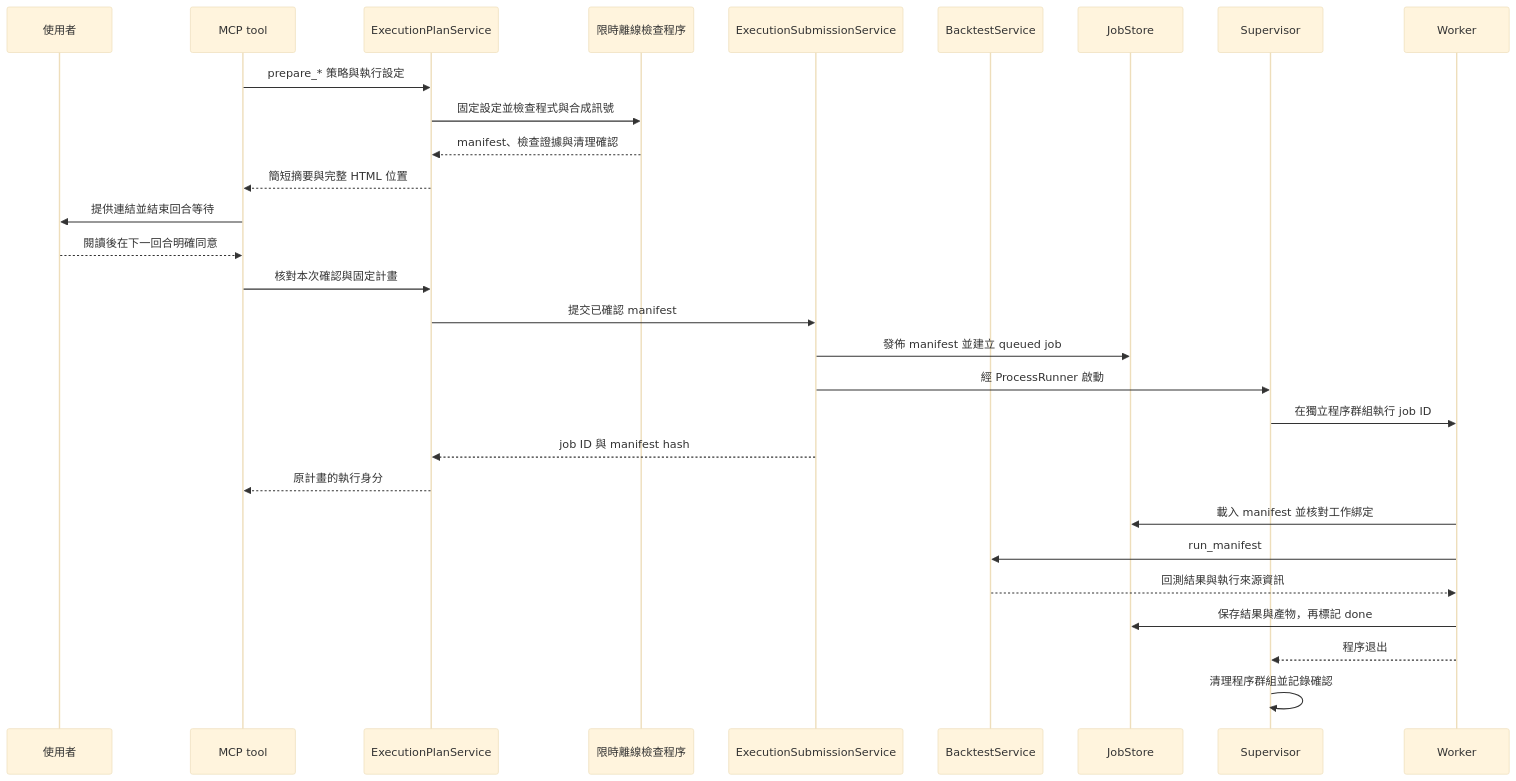
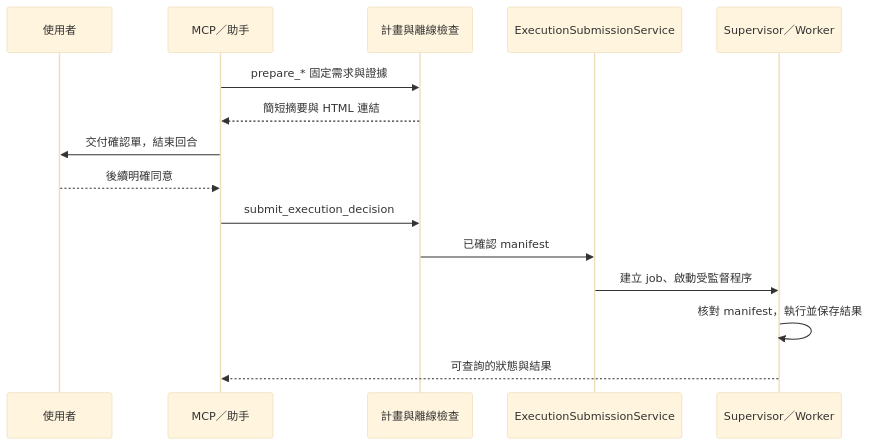
The third of 3 diagrams in ARCHITECTURE.md (AIunusual/tradingdev), drawn with Mermaid (base theme) before and after one commit. The commit also changed other lines of this file and 1 other file, not shown here.

Commit message:
docs: keep architecture focused on responsibilities and boundaries

````diff
--- a/ARCHITECTURE.md
+++ b/ARCHITECTURE.md
@@ -294,31 +180,17 @@
 ```mermaid
 sequenceDiagram
     participant User as 使用者
-    participant MCP as MCP tool
-    participant Plan as ExecutionPlanService
-    participant Preflight as 限時離線檢查程序
+    participant MCP as MCP／助手
+    participant Plan as 計畫與離線檢查
     participant Submit as ExecutionSubmissionService
-    participant Execute as BacktestService
-    participant Store as JobStore
-    participant Supervisor
-    participant Worker
-    MCP->>Plan: prepare_* 策略與執行設定
-    Plan->>Preflight: 固定設定並檢查程式與合成訊號
-    Preflight-->>Plan: manifest、檢查證據與清理確認
-    Plan-->>MCP: 簡短摘要與完整 HTML 位置
-    MCP->>User: 提供連結並結束回合等待
-    User-->>MCP: 閱讀後在下一回合明確同意
-    MCP->>Plan: 核對本次確認與固定計畫
-    Plan->>Submit: 提交已確認 manifest
-    Submit->>Store: 發佈 manifest 並建立 queued job
-    Submit->>Supervisor: 經 ProcessRunner 啟動
-    Supervisor->>Worker: 在獨立程序群組執行 job ID
-    Submit-->>Plan: job ID 與 manifest hash
-    Plan-->>MCP: 原計畫的執行身分
-    Worker->>Store: 載入 manifest 並核對工作綁定
-    Worker->>Execute: run_manifest
-    Execute-->>Worker: 回測結果與執行來源資訊
-    Worker->>Store: 保存結果與產物，再標記 done
-    Worker-->>Supervisor: 程序退出
-    Supervisor->>Supervisor: 清理程序群組並記錄確認
+    participant Worker as Supervisor／Worker
+    MCP->>Plan: prepare_* 固定需求與證據
+    Plan-->>MCP: 簡短摘要與 HTML 連結
+    MCP->>User: 交付確認單，結束回合
+    User-->>MCP: 後續明確同意
+    MCP->>Plan: submit_execution_decision
+    Plan->>Submit: 已確認 manifest
+    Submit->>Worker: 建立 job、啟動受監督程序
+    Worker->>Worker: 核對 manifest，執行並保存結果
+    Worker-->>MCP: 可查詢的狀態與結果
 ```
````
